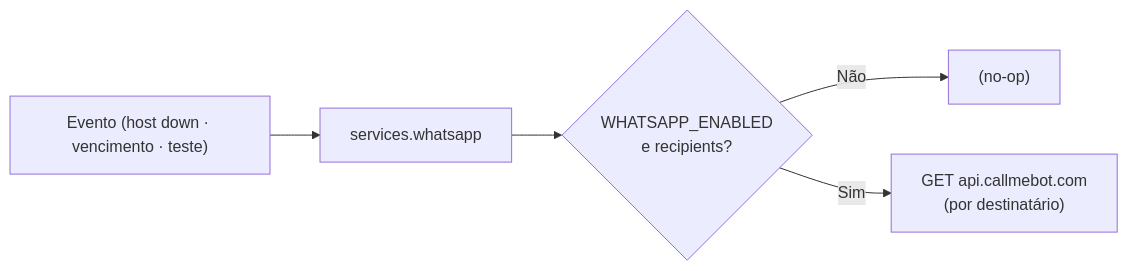
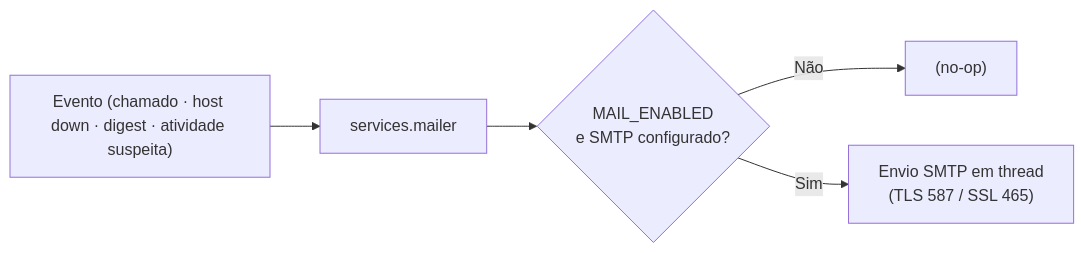
Diagram 17 of 23 in docs/DOCUMENTACAO.md (nerdGG094/InvenSync), drawn with Mermaid before and after one commit. The commit also changed other lines of this file and 1 other file, not shown here.

````diff
--- a/docs/DOCUMENTACAO.md
+++ b/docs/DOCUMENTACAO.md
@@ -826,7 +838,7 @@
 ```mermaid
 flowchart LR
-    EV["Evento (host down · vencimento · teste)"] --> W["services.whatsapp"]
-    W --> CFG{"WHATSAPP_ENABLED<br/>e recipients?"}
+    EV["Evento (chamado · host down · digest · atividade suspeita)"] --> M["services.mailer"]
+    M --> CFG{"MAIL_ENABLED<br/>e SMTP configurado?"}
     CFG -->|Não| NOOP["(no-op)"]
-    CFG -->|Sim| API["GET api.callmebot.com<br/>(por destinatário)"]
+    CFG -->|Sim| SMTP["Envio SMTP em thread<br/>(TLS 587 / SSL 465)"]
 ```
````
